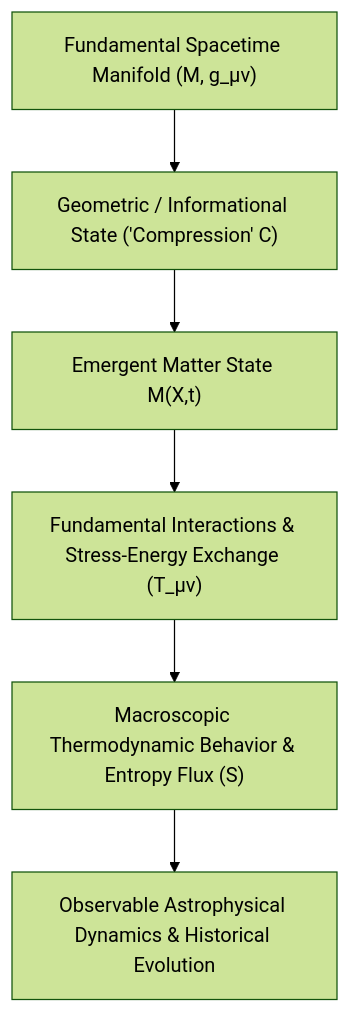
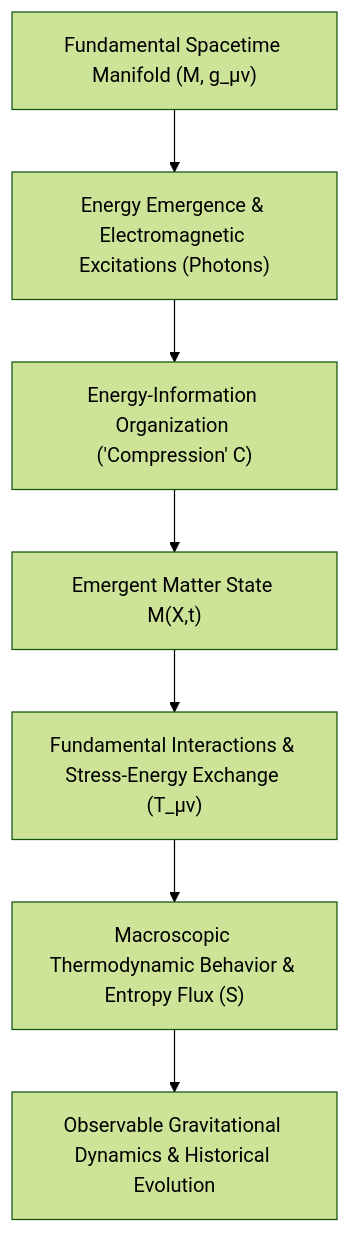
The first of 2 diagrams in SpaceEntropyCompression/Documents/EMRF_Comprehensive_Research_Audit_and_Paper_Draft.md (kirklasalle/SpaceEntropyCompression), drawn with Mermaid (forest theme) before and after one commit. The commit also changed other lines of this file and 2 other files, not shown here.

Commit message:
feat(theory): add EMRF sidebar hypothesis extension on temporal emergence, U(X,t), and cosmological scale hierarchy

````diff
--- a/SpaceEntropyCompression/Documents/EMRF_Comprehensive_Research_Audit_and_Paper_Draft.md
+++ b/SpaceEntropyCompression/Documents/EMRF_Comprehensive_Research_Audit_and_Paper_Draft.md
@@ -65,8 +73,9 @@
 ```mermaid
 graph TD
-    A["Fundamental Spacetime Manifold (M, g_μν)"] --> B["Geometric / Informational State ('Compression' C)"]
-    B --> C["Emergent Matter State M(X,t)"]
-    C --> D["Fundamental Interactions & Stress-Energy Exchange (T_μν)"]
-    D --> E["Macroscopic Thermodynamic Behavior & Entropy Flux (S)"]
-    E --> F["Observable Astrophysical Dynamics & Historical Evolution"]
+    A["Fundamental Spacetime Manifold (M, g_μν)"] --> B["Energy Emergence & Electromagnetic Excitations (Photons)"]
+    B --> C["Energy-Information Organization ('Compression' C)"]
+    C --> D["Emergent Matter State M(X,t)"]
+    D --> E["Fundamental Interactions & Stress-Energy Exchange (T_μν)"]
+    E --> F["Macroscopic Thermodynamic Behavior & Entropy Flux (S)"]
+    F --> G["Observable Gravitational Dynamics & Historical Evolution"]
 ```
````
